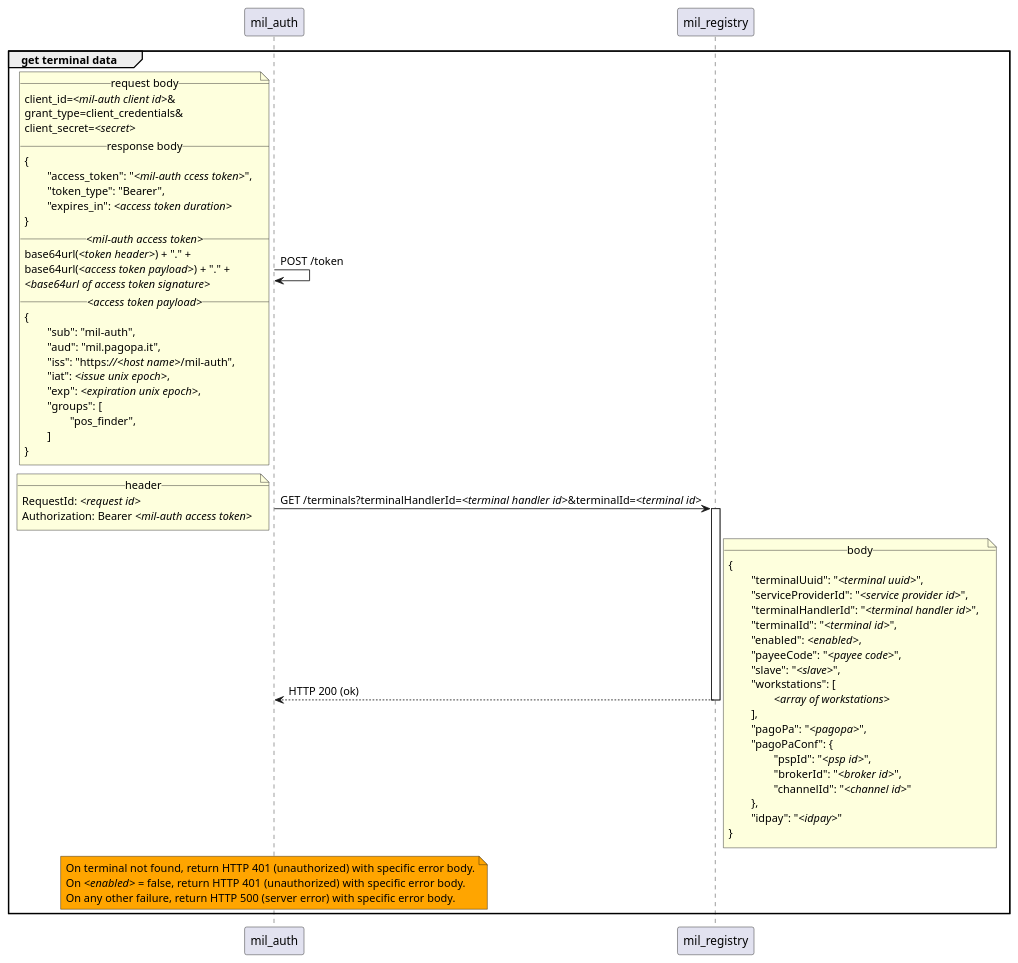
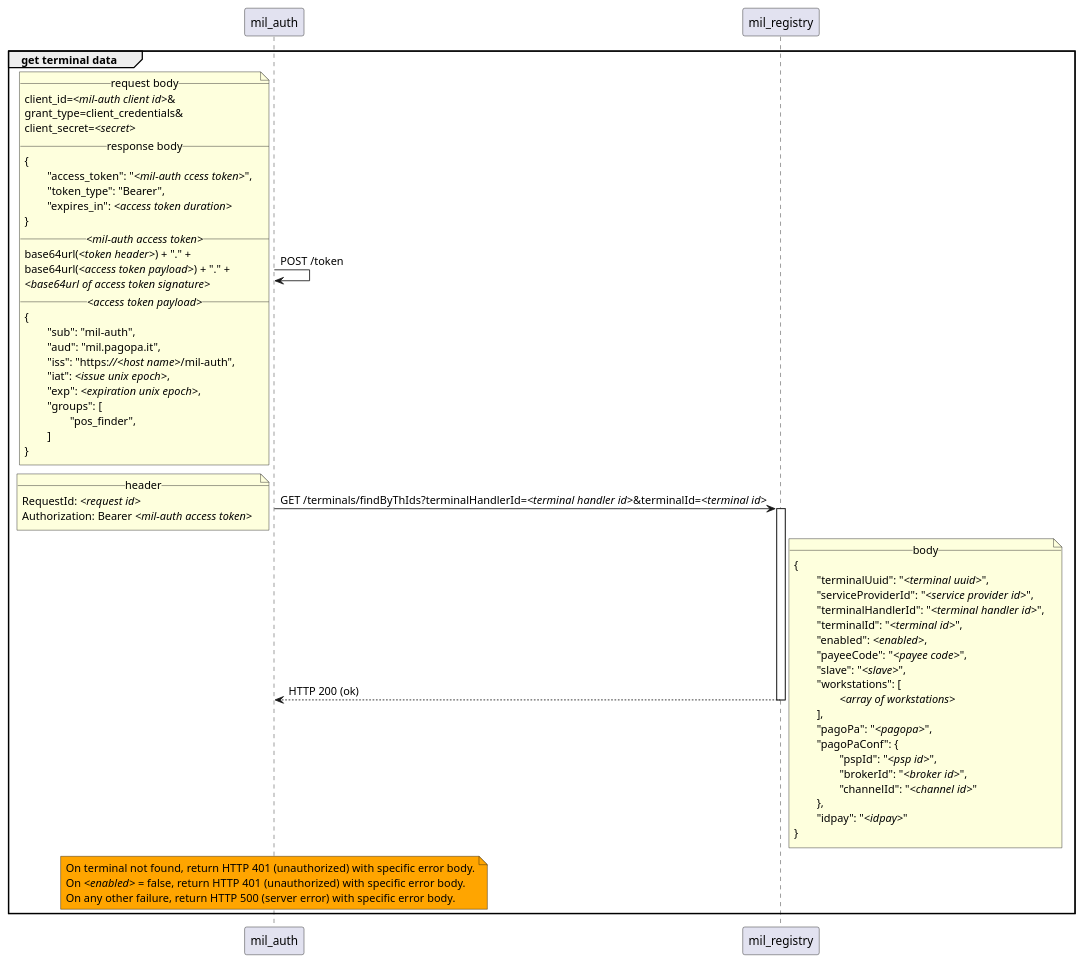
The diagram in src/doc/puml/pos/get_terminal_data.puml (pagopa/mil-auth), drawn with PlantUML before and after one commit.

Commit message:
Corrected the invocation of mil-terminal-registry.

```diff
--- a/src/doc/puml/pos/get_terminal_data.puml
+++ b/src/doc/puml/pos/get_terminal_data.puml
@@ -1,67 +1,67 @@
 group get terminal data
 	mil_auth -> mil_auth : POST /token
 		note left
 			__request body__
 			client_id=//<mil-auth client id>//&
 			grant_type=client_credentials&
 			client_secret=//<secret>//
 			__response body__
 			{
 				"access_token": "//<mil-auth ccess token>//",
 				"token_type": "Bearer",
 				"expires_in": //<access token duration>//
 			}
 			__//<mil-auth access token>//__
 			base64url(//<token header>//) + "." +
 			base64url(//<access token payload>//) + "." +
 			//<base64url of access token signature>//
 			__//<access token payload>//__
 			{
 				"sub": "mil-auth",
 				"aud": "mil.pagopa.it",
 				"iss": "https:////<host name>///mil-auth",
 				"iat": //<issue unix epoch>//,
 				"exp": //<expiration unix epoch>//,
 				"groups": [
 					"pos_finder",
 				]
 			}
 		end note
 
-	mil_auth -> mil_registry ++ : GET /terminals?terminalHandlerId=//<terminal handler id>//&terminalId=//<terminal id>//
+	mil_auth -> mil_registry ++ : GET /terminals/findByThIds?terminalHandlerId=//<terminal handler id>//&terminalId=//<terminal id>//
 		note left
 			__header__
 			RequestId: //<request id>//
 			Authorization: Bearer //<mil-auth access token>//
 		end note
 
 	mil_registry --> mil_auth -- : HTTP 200 (ok)
 		note right
 			__body__
 			{
 				"terminalUuid": "//<terminal uuid>//",
 				"serviceProviderId": "//<service provider id>//",
 				"terminalHandlerId": "//<terminal handler id>//",
 				"terminalId": "//<terminal id>//",
 				"enabled": //<enabled>//,
 				"payeeCode": "//<payee code>//",
 				"slave": "//<slave>//",
 				"workstations": [
 					//<array of workstations>//
 				],
 				"pagoPa": "//<pagopa>//",
 				"pagoPaConf": {
 					"pspId": "//<psp id>//",
 					"brokerId": "//<broker id>//",
 					"channelId": "//<channel id>//"
 				},
 				"idpay": "//<idpay>//"
 			}
 		end note
 
 	note over mil_auth #Orange
 		On terminal not found, return HTTP 401 (unauthorized) with specific error body.
 		On //<enabled>// = false, return HTTP 401 (unauthorized) with specific error body.
 		On any other failure, return HTTP 500 (server error) with specific error body. 
 	end note
 end
```
